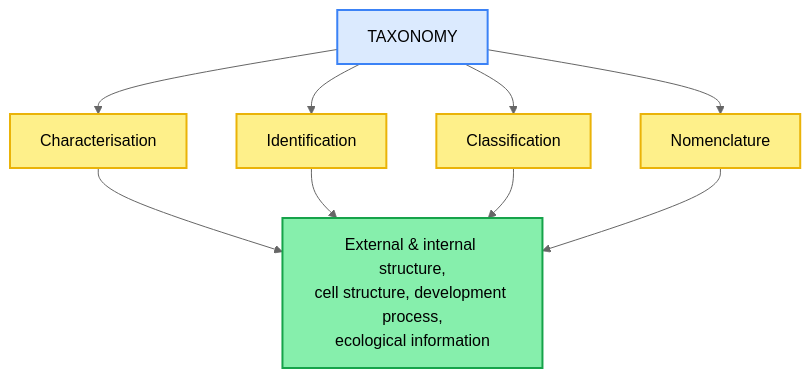
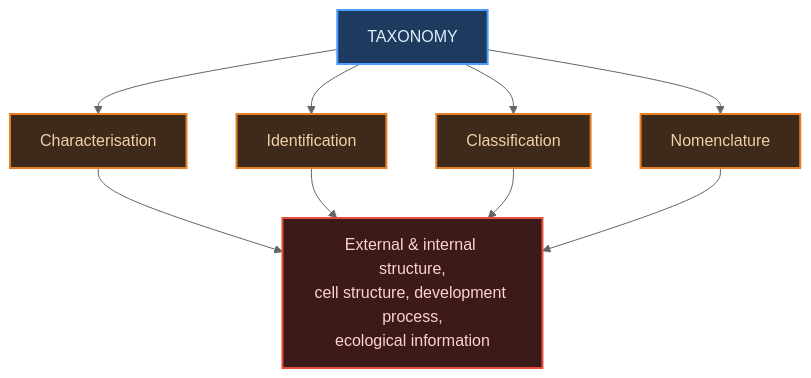
Before and after one commit to fsr-science/NoteBooks-Science-Legacy: the fourth of 5 diagrams in AI-NOTES/BIOLOGY/BIOLOGY01-THE_LIVING_WORLD/BIOLOGY01-THE_LIVING_WORLD-NOTES.md, drawn with Mermaid (neutral theme). The commit also changed other lines of this file and 3 other files, not shown here.

````diff
--- a/AI-NOTES/BIOLOGY/BIOLOGY01-THE_LIVING_WORLD/BIOLOGY01-THE_LIVING_WORLD-NOTES.md
+++ b/AI-NOTES/BIOLOGY/BIOLOGY01-THE_LIVING_WORLD/BIOLOGY01-THE_LIVING_WORLD-NOTES.md
@@ -202,18 +187,18 @@
 ```mermaid
 flowchart TD
     Tax[TAXONOMY] --> C1[Characterisation]
     Tax --> C2[Identification]
     Tax --> C3[Classification]
     Tax --> C4[Nomenclature]
     C1 --> Basis[External & internal structure,<br/>cell structure, development process,<br/>ecological information]
     C2 --> Basis
     C3 --> Basis
     C4 --> Basis
 
-    style Tax fill:#dbeafe,stroke:#3b82f6,stroke-width:2px
-    style C1 fill:#fef08a,stroke:#eab308,stroke-width:2px
-    style C2 fill:#fef08a,stroke:#eab308,stroke-width:2px
-    style C3 fill:#fef08a,stroke:#eab308,stroke-width:2px
-    style C4 fill:#fef08a,stroke:#eab308,stroke-width:2px
-    style Basis fill:#86efac,stroke:#16a34a,stroke-width:2px
+    style Tax fill:#1e3a5f,color:#e0f0ff,stroke:#4a9eff,stroke-width:2px
+    style C1 fill:#3d2a1a,color:#f0d0a8,stroke:#e67e22,stroke-width:2px
+    style C2 fill:#3d2a1a,color:#f0d0a8,stroke:#e67e22,stroke-width:2px
+    style C3 fill:#3d2a1a,color:#f0d0a8,stroke:#e67e22,stroke-width:2px
+    style C4 fill:#3d2a1a,color:#f0d0a8,stroke:#e67e22,stroke-width:2px
+    style Basis fill:#3d1a1a,color:#ffd0d0,stroke:#e74c3c,stroke-width:2px
 ```
````
